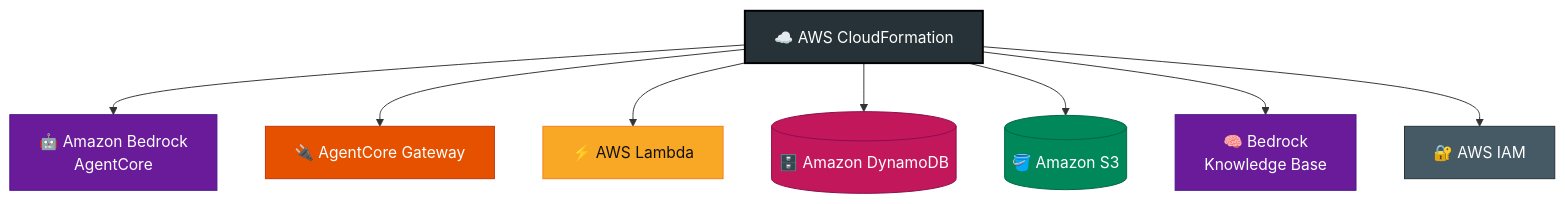
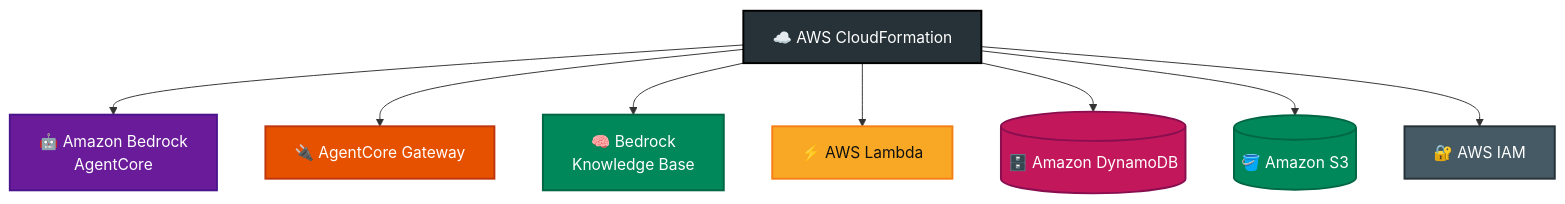
Before and after one commit to Rogerio5/aws-genai-smart-assistant-lab: the tenth of 11 diagrams in README.md, drawn with Mermaid. The commit also changed other lines of this file, not shown here.

````diff
--- a/README.md
+++ b/README.md
@@ -464,35 +569,49 @@
 ```mermaid
 flowchart TB
 
     CF["☁️ AWS CloudFormation"]
 
-    CF --> AGENT["🤖 Amazon Bedrock<br/>AgentCore"]
+    AGENT["🤖 Amazon Bedrock<br/>AgentCore"]
 
-    CF --> GATEWAY["🔌 AgentCore Gateway"]
+    GATEWAY["🔌 AgentCore Gateway"]
 
-    CF --> LAMBDA["⚡ AWS Lambda"]
+    KB["🧠 Bedrock<br/>Knowledge Base"]
 
-    CF --> DYNAMO[("🗄️ Amazon DynamoDB")]
+    LAMBDA["⚡ AWS Lambda"]
 
-    CF --> S3[("🪣 Amazon S3")]
+    DYNAMO[("🗄️ Amazon DynamoDB")]
 
-    CF --> KB["🧠 Bedrock<br/>Knowledge Base"]
+    S3[("🪣 Amazon S3")]
 
-    CF --> IAM["🔐 AWS IAM"]
+    IAM["🔐 AWS IAM"]
+
+    CF --> AGENT
+
+    CF --> GATEWAY
+
+    CF --> KB
+
+    CF --> LAMBDA
+
+    CF --> DYNAMO
+
+    CF --> S3
+
+    CF --> IAM
 
     classDef infra fill:#263238,stroke:#000000,color:#ffffff,stroke-width:2px
-    classDef ai fill:#6A1B9A,stroke:#4A148C,color:#ffffff
-    classDef integration fill:#E65100,stroke:#BF360C,color:#ffffff
-    classDef compute fill:#F9A825,stroke:#F57F17,color:#111111
-    classDef database fill:#C2185B,stroke:#880E4F,color:#ffffff
-    classDef storage fill:#00875A,stroke:#006644,color:#ffffff
-    classDef security fill:#455A64,stroke:#263238,color:#ffffff
+    classDef ai fill:#6A1B9A,stroke:#4A148C,color:#ffffff,stroke-width:2px
+    classDef integration fill:#E65100,stroke:#BF360C,color:#ffffff,stroke-width:2px
+    classDef knowledge fill:#00875A,stroke:#006644,color:#ffffff,stroke-width:2px
+    classDef compute fill:#F9A825,stroke:#F57F17,color:#111111,stroke-width:2px
+    classDef database fill:#C2185B,stroke:#880E4F,color:#ffffff,stroke-width:2px
+    classDef security fill:#455A64,stroke:#263238,color:#ffffff,stroke-width:2px
 
     class CF infra
-    class AGENT,KB ai
+    class AGENT ai
     class GATEWAY integration
+    class KB,S3 knowledge
     class LAMBDA compute
     class DYNAMO database
-    class S3 storage
     class IAM security
 ```
````
